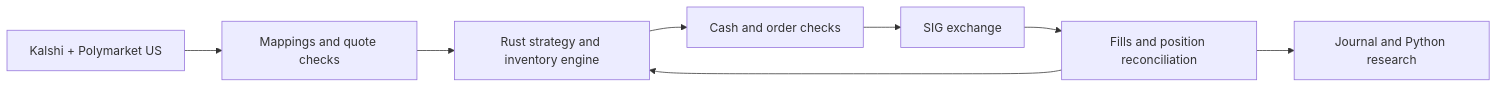
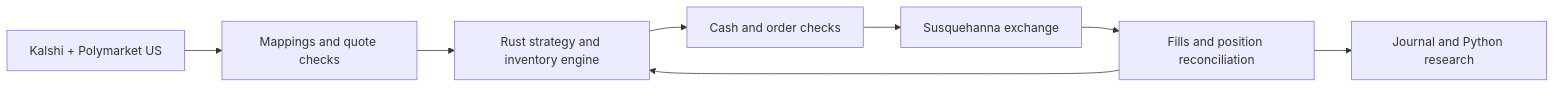
Before and after one commit to tristandarnell/Susquehanna-Predictions-Cup-Writeup: the diagram in docs/technical-retrospective.md, drawn with Mermaid. The commit also changed other lines of this file and 5 other files, not shown here.

````diff
--- a/docs/technical-retrospective.md
+++ b/docs/technical-retrospective.md
@@ -32,10 +32,10 @@
 ```mermaid
 flowchart LR
     F[Kalshi + Polymarket US] --> V[Mappings and quote checks]
     V --> E[Rust strategy and inventory engine]
     E --> O[Cash and order checks]
-    O --> X[SIG exchange]
+    O --> X[Susquehanna exchange]
     X --> R[Fills and position reconciliation]
     R --> E
     R --> J[Journal and Python research]
 ```
````
